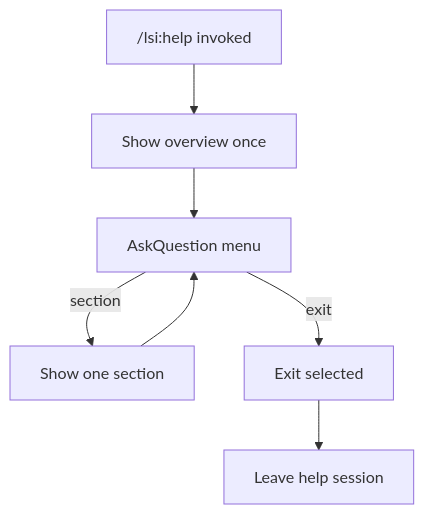
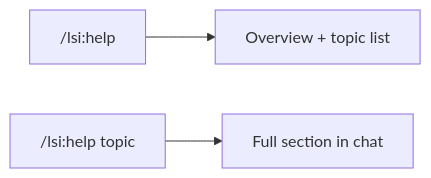
Before and after one commit to osuarez1/cursor-dev-workflows: the first of 2 diagrams in openspec/changes/add-lsi-help-command/design.md, drawn with Mermaid. The commit also changed other lines of this file and 3 other files, not shown here.

First line of the commit message:
docs(openspec): align add-lsi-help artifacts with one-turn model

````diff
--- a/openspec/changes/add-lsi-help-command/design.md
+++ b/openspec/changes/add-lsi-help-command/design.md
@@ -171,15 +162,9 @@
 ```mermaid
-flowchart TD
-  start["/lsi:help invoked"]
-  overview["Show overview once"]
-  menu["AskQuestion menu"]
-  section["Show one section"]
-  exitOnly["Exit selected"]
-  done["Leave help session"]
-  start --> overview
-  overview --> menu
-  menu -->|section| section
-  menu -->|exit| exitOnly
-  section --> menu
-  exitOnly --> done
+flowchart LR
+  noTopic["/lsi:help"]
+  withTopic["/lsi:help topic"]
+  overview["Overview + topic list"]
+  section["Full section in chat"]
+  noTopic --> overview
+  withTopic --> section
 ```
````
